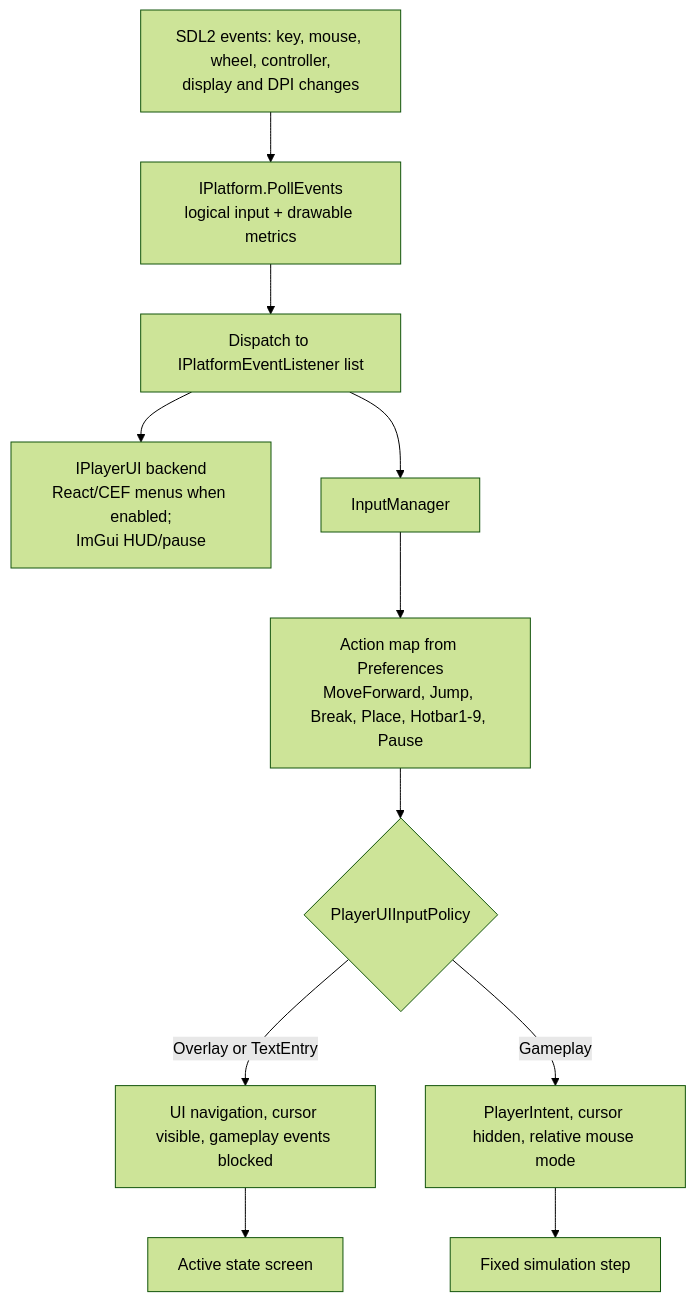
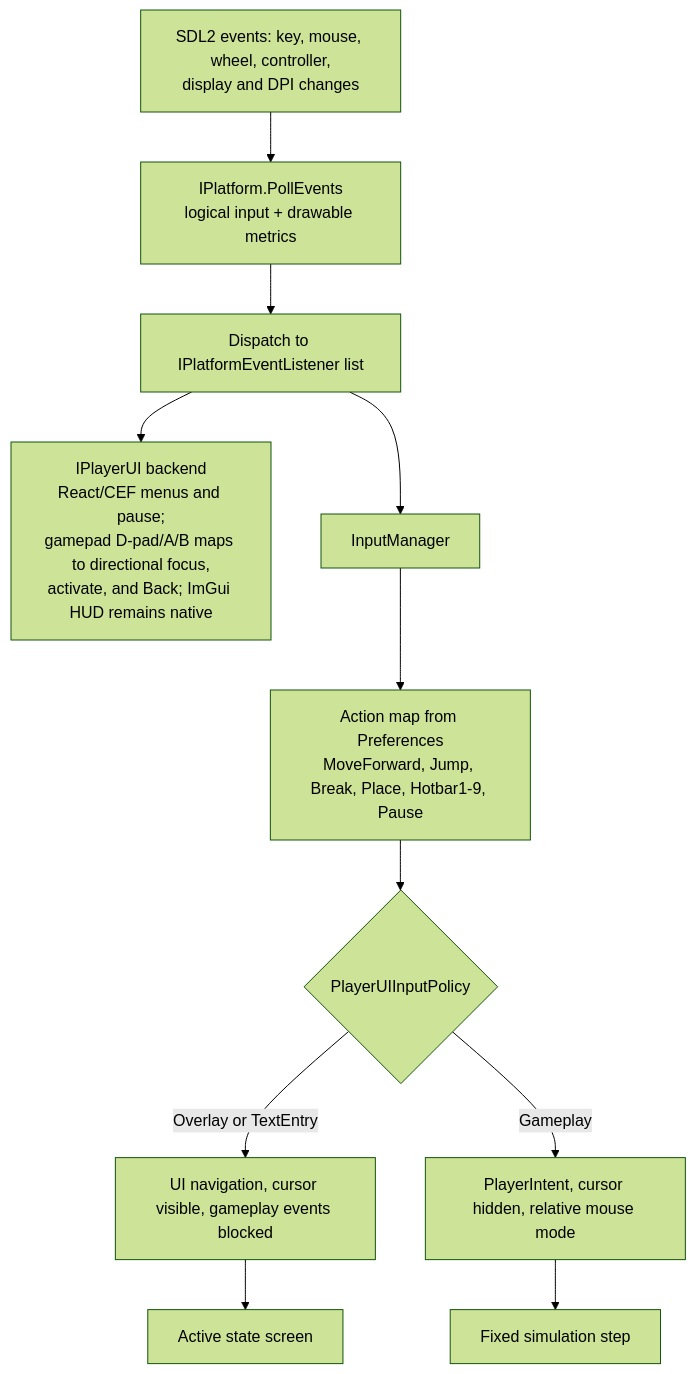
One commit to GoGurtPrime/voxels changed the tenth of 17 diagrams in DIAGRAMS.md. Above: the diagram before and after it, drawn with Mermaid (forest theme). The commit also changed other lines of this file and 42 other files, not shown here.

````diff
--- a/DIAGRAMS.md
+++ b/DIAGRAMS.md
@@ -369,13 +369,13 @@
 ```mermaid
 flowchart TD
     SDL["SDL2 events: key, mouse, wheel, controller,<br/>display and DPI changes"] --> PLATE["IPlatform.PollEvents<br/>logical input + drawable metrics"]
     PLATE --> LISTEN["Dispatch to IPlatformEventListener list"]
-    LISTEN --> UIL["IPlayerUI backend<br/>React/CEF menus when enabled;<br/>ImGui HUD/pause"]
+    LISTEN --> UIL["IPlayerUI backend<br/>React/CEF menus and pause;<br/>gamepad D-pad/A/B maps to directional focus,<br/>activate, and Back; ImGui HUD remains native"]
     LISTEN --> IM["InputManager"]
     IM --> MAP["Action map from Preferences<br/>MoveForward, Jump, Break, Place, Hotbar1-9, Pause"]
     MAP --> CTX{"PlayerUIInputPolicy"}
     CTX -- Overlay or TextEntry --> UIACT["UI navigation, cursor visible, gameplay events blocked"]
     CTX -- Gameplay --> GACT["PlayerIntent, cursor hidden, relative mouse mode"]
     GACT --> SIMSTEP["Fixed simulation step"]
     UIACT --> SCREEN["Active state screen"]
 ```
````
